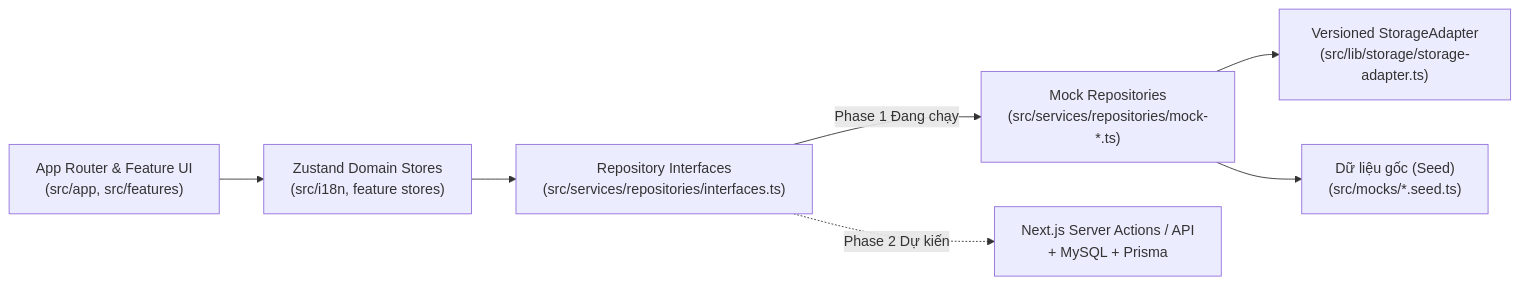
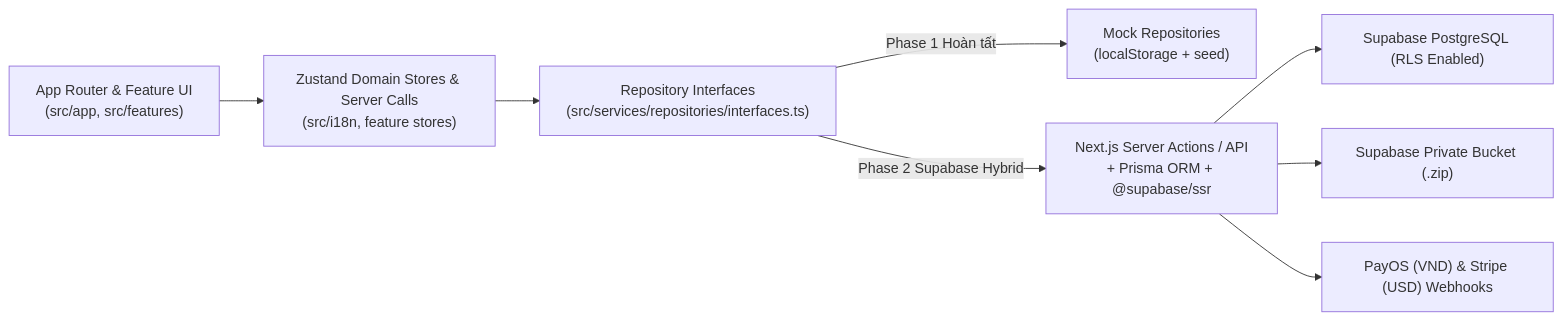
The diagram in docs/ARCHITECTURE.md (khangdaodao/selling-temp), drawn with Mermaid before and after one commit. The commit also changed other lines of this file and 16 other files, not shown here.

````diff
--- a/docs/ARCHITECTURE.md
+++ b/docs/ARCHITECTURE.md
@@ -7,9 +7,10 @@
 ```mermaid
 flowchart LR
-    UI["App Router & Feature UI\n(src/app, src/features)"] --> Store["Zustand Domain Stores\n(src/i18n, feature stores)"]
+    UI["App Router & Feature UI\n(src/app, src/features)"] --> Store["Zustand Domain Stores & Server Calls\n(src/i18n, feature stores)"]
     Store --> Contract["Repository Interfaces\n(src/services/repositories/interfaces.ts)"]
-    Contract -->|Phase 1 Đang chạy| Mock["Mock Repositories\n(src/services/repositories/mock-*.ts)"]
-    Contract -.->|Phase 2 Dự kiến| Prisma["Next.js Server Actions / API\n+ MySQL + Prisma"]
-    Mock --> Adapter["Versioned StorageAdapter\n(src/lib/storage/storage-adapter.ts)"]
-    Mock --> Seed["Dữ liệu gốc (Seed)\n(src/mocks/*.seed.ts)"]
+    Contract -->|Phase 1 Hoàn tất| Mock["Mock Repositories\n(localStorage + seed)"]
+    Contract -->|Phase 2 Supabase Hybrid| Server["Next.js Server Actions / API\n+ Prisma ORM + @supabase/ssr"]
+    Server --> DB["Supabase PostgreSQL (RLS Enabled)"]
+    Server --> Storage["Supabase Private Bucket (.zip)"]
+    Server --> Pay["PayOS (VND) & Stripe (USD) Webhooks"]
 ```
````
